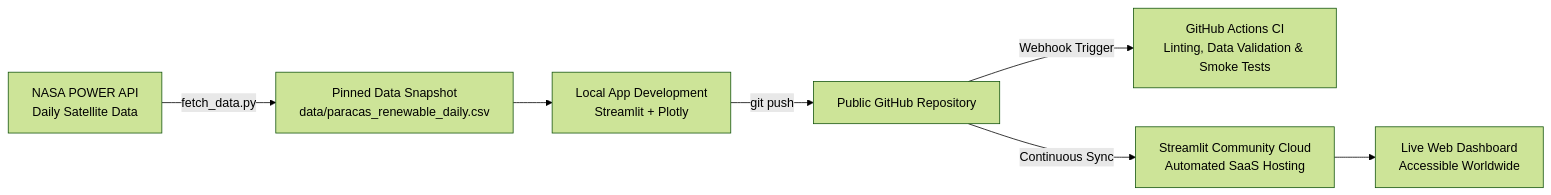
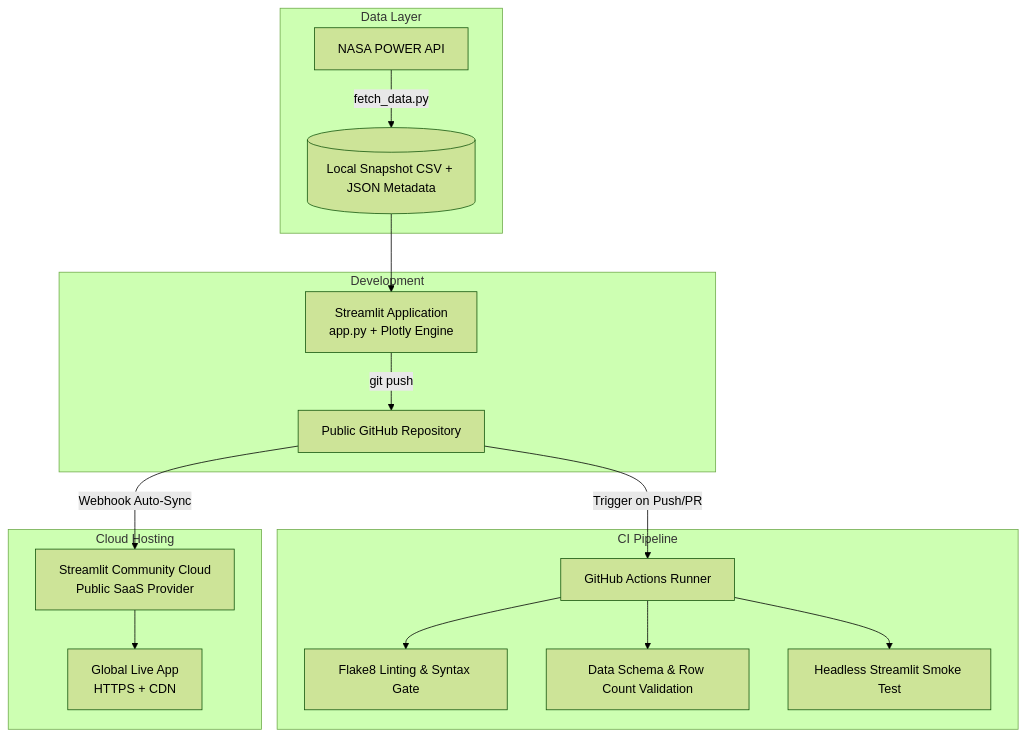
One commit to GianfrancoArocutipa/paracas-renewable-energy-explorer changed the diagram in ARTICLE_DEV_TO.md. Above: the diagram before and after it, drawn with Mermaid (forest theme). The commit also changed other lines of this file, not shown here.

````diff
--- a/ARTICLE_DEV_TO.md
+++ b/ARTICLE_DEV_TO.md
@@ -64,9 +117,23 @@
 ```mermaid
-flowchart LR
-    A[NASA POWER API<br/>Daily Satellite Data] -->|fetch_data.py| B[Pinned Data Snapshot<br/>data/paracas_renewable_daily.csv]
-    B --> C[Local App Development<br/>Streamlit + Plotly]
-    C -->|git push| D[Public GitHub Repository]
-    D -->|Webhook Trigger| E[GitHub Actions CI<br/>Linting, Data Validation & Smoke Tests]
-    D -->|Continuous Sync| F[Streamlit Community Cloud<br/>Automated SaaS Hosting]
-    F --> G[Live Web Dashboard<br/>Accessible Worldwide]
+flowchart TD
+    subgraph Data Layer
+        A[NASA POWER API] -->|fetch_data.py| B[(Local Snapshot CSV + JSON Metadata)]
+    end
+
+    subgraph Development
+        B --> C[Streamlit Application<br/>app.py + Plotly Engine]
+        C -->|git push| D[Public GitHub Repository]
+    end
+
+    subgraph CI Pipeline
+        D -->|Trigger on Push/PR| E[GitHub Actions Runner]
+        E --> F[Flake8 Linting & Syntax Gate]
+        E --> G[Data Schema & Row Count Validation]
+        E --> H[Headless Streamlit Smoke Test]
+    end
+
+    subgraph Cloud Hosting
+        D -->|Webhook Auto-Sync| I[Streamlit Community Cloud<br/>Public SaaS Provider]
+        I --> J[Global Live App<br/>HTTPS + CDN]
+    end
 ```
````
